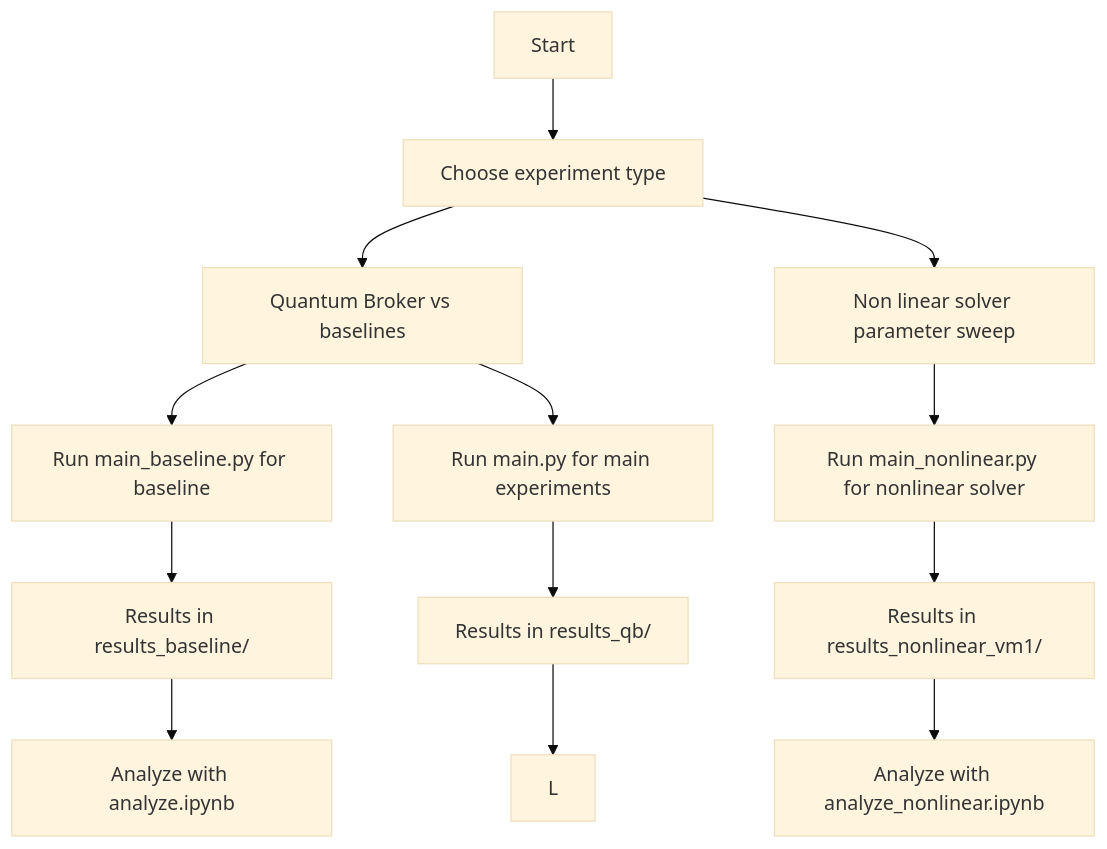
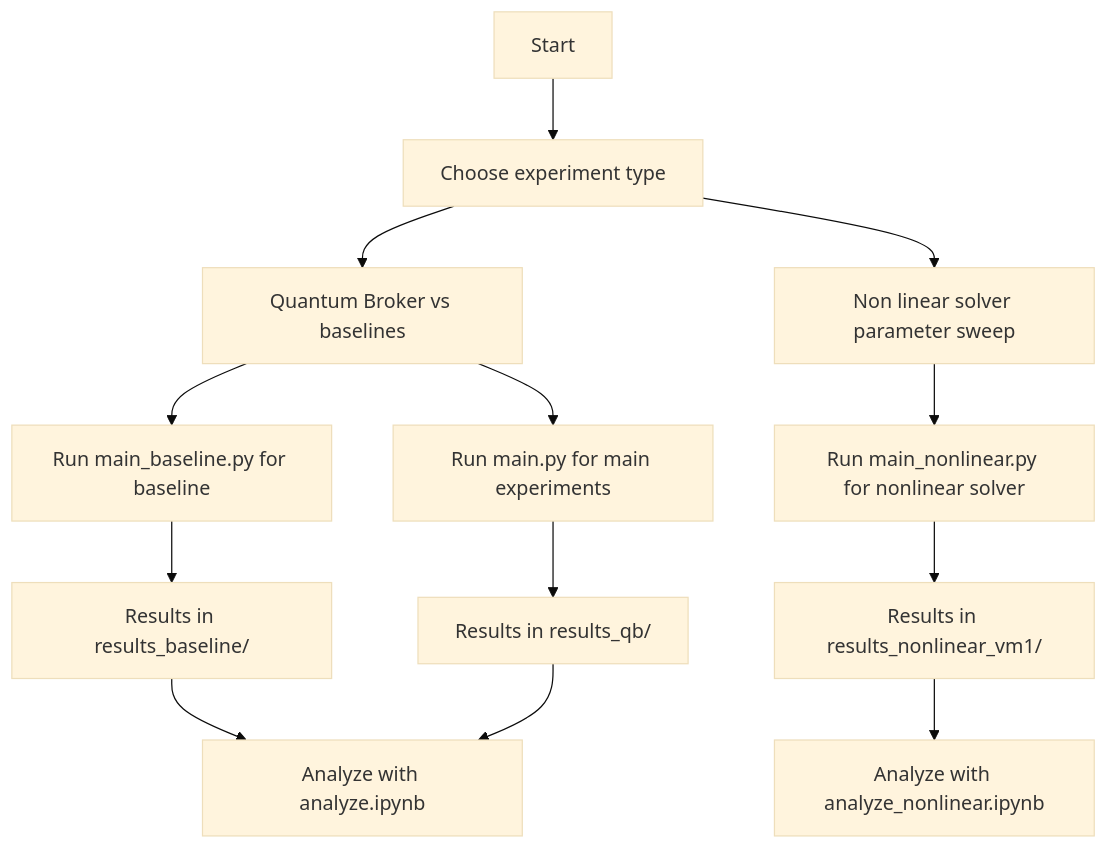
Before and after one commit to alebocci/QBexps: the diagram in README.md, drawn with Mermaid (base theme).

Commit message:
readme updated

````diff
--- a/README.md
+++ b/README.md
@@ -77,15 +77,15 @@
 ```mermaid
 flowchart TD
     A[Start] --> B[Choose experiment type]
     B --> C[Quantum Broker vs baselines]
     B --> D[Non linear solver parameter sweep] 
     C --> E[Run main_baseline.py for baseline]
     C --> F[Run main.py for main experiments]
     D --> G[Run main_nonlinear.py for nonlinear solver]
     E --> H[Results in results_baseline/]
     F --> I[Results in results_qb/]
     G --> J[Results in results_nonlinear_vm1/]
     H --> K[Analyze with analyze.ipynb]
-    I --> L
+    I --> K
     J --> M[Analyze with analyze_nonlinear.ipynb]
 ```
````
